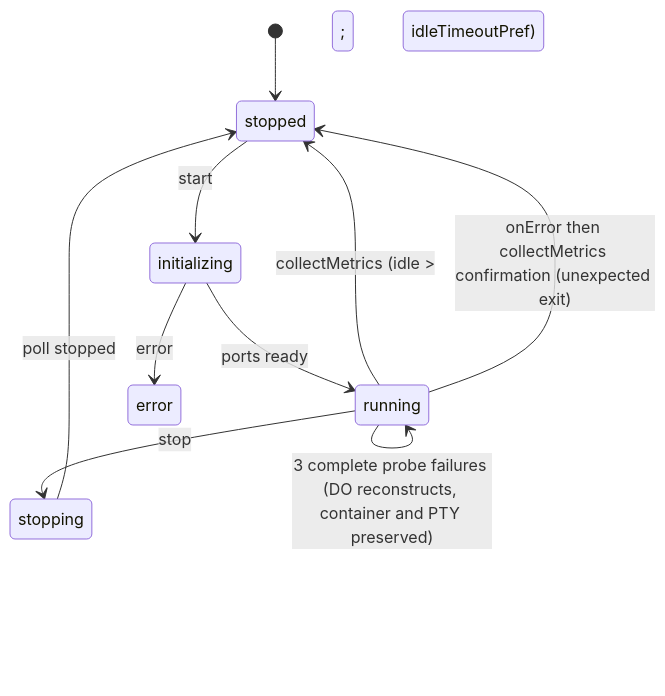
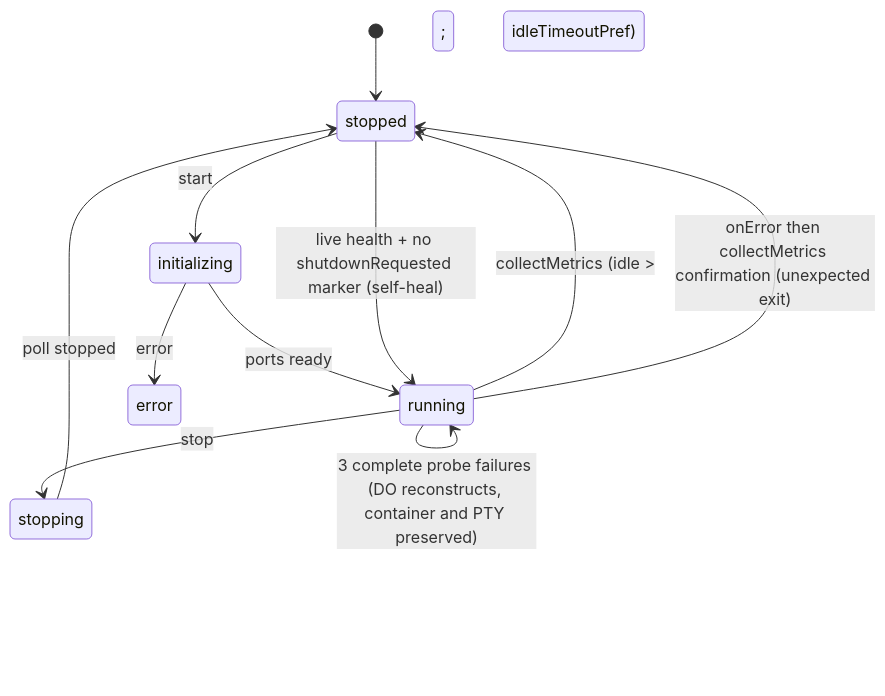
One commit to nikolanovoselec/codeflare changed the fourth of 11 diagrams in documentation/lanes/architecture.md. Above: the diagram before and after it, drawn with Mermaid. The commit also changed other lines of this file and 13 other files, not shown here.

Commit message:
docs: align architecture truth with runtime contracts

````diff
--- a/documentation/lanes/architecture.md
+++ b/documentation/lanes/architecture.md
@@ -501,12 +503,13 @@
 ```mermaid
 stateDiagram-v2
     [*] --> stopped
     stopped --> initializing : start
     initializing --> running : ports ready
     initializing --> error : error
     running --> stopping : stop
     stopping --> stopped : poll stopped
     running --> running : 3 complete probe failures (DO reconstructs, container and PTY preserved)
+    stopped --> running : live health + no shutdownRequested marker (self-heal)
     running --> stopped : collectMetrics (idle &gt; idleTimeoutPref)
     running --> stopped : onError then collectMetrics confirmation (unexpected exit)
 ```
````
